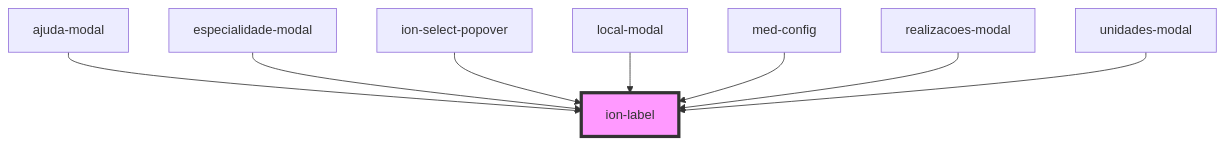
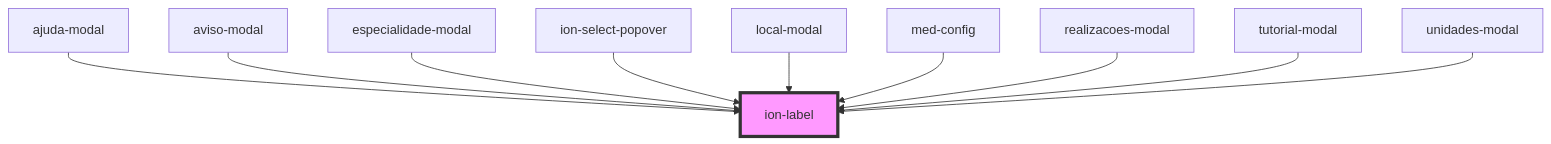
Before and after one commit to MEDGRUPOGIT/ionic-framework-1: the diagram in core/src/components/label/readme.md, drawn with Mermaid. The commit also changed other lines of this file and 48 other files, not shown here.

````diff
--- a/core/src/components/label/readme.md
+++ b/core/src/components/label/readme.md
@@ -315,11 +317,13 @@
 ```mermaid
 graph TD;
   ajuda-modal --> ion-label
+  aviso-modal --> ion-label
   especialidade-modal --> ion-label
   ion-select-popover --> ion-label
   local-modal --> ion-label
   med-config --> ion-label
   realizacoes-modal --> ion-label
+  tutorial-modal --> ion-label
   unidades-modal --> ion-label
   style ion-label fill:#f9f,stroke:#333,stroke-width:4px
 ```
````
